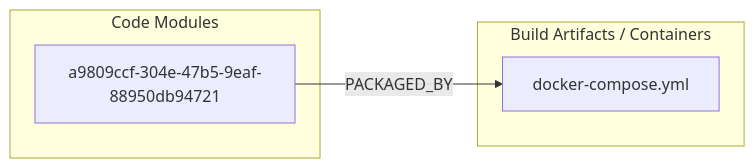
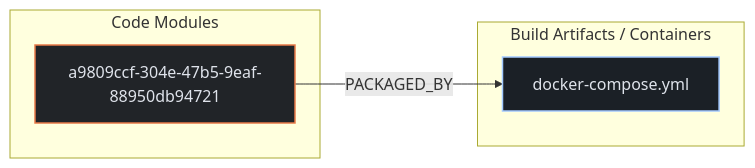
One commit to kumarshaz/atruss-code-atlas changed the second of 3 diagrams in exports/latest/reports/n8n-io-n8n-docker-caddy-report.md. Above: the diagram before and after it, drawn with Mermaid. The commit also changed other lines of this file and 331 other files, not shown here.

Commit message:
docs,ui,fix: update SDLC docs, reorder CI/CD DAG first, stylize Mermaid, and fix Arc42 pipeline topology

````diff
--- a/exports/latest/reports/n8n-io-n8n-docker-caddy-report.md
+++ b/exports/latest/reports/n8n-io-n8n-docker-caddy-report.md
@@ -66,10 +73,14 @@
 ```mermaid
 flowchart LR
+    classDef atlasCategory fill:#212428,stroke:#E87A48,stroke-width:1.5px,color:#dfe3eb
+    classDef atlasWorkflow fill:#1b2026,stroke:#a3c9ff,stroke-width:1.5px,color:#dfe3eb
+    classDef atlasJob fill:#171c22,stroke:#8d9199,stroke-width:1px,color:#dfe3eb
+    classDef atlasTarget fill:#005227,stroke:#8bd99b,stroke-width:1.5px,color:#a7f6b6
     subgraph code_modules["Code Modules"]
-        mod_a9809ccf_304e_47b5_9eaf_88950db94721["a9809ccf-304e-47b5-9eaf-88950db94721"]
+        mod_a9809ccf_304e_47b5_9eaf_88950db94721["a9809ccf-304e-47b5-9eaf-88950db94721"]:::atlasCategory
     end
     subgraph build_artifacts["Build Artifacts / Containers"]
-        art_docker_compose_yml["docker-compose.yml"]
+        art_docker_compose_yml["docker-compose.yml"]:::atlasWorkflow
     end
     mod_a9809ccf_304e_47b5_9eaf_88950db94721 -->|PACKAGED_BY| art_docker_compose_yml
 ```
````
